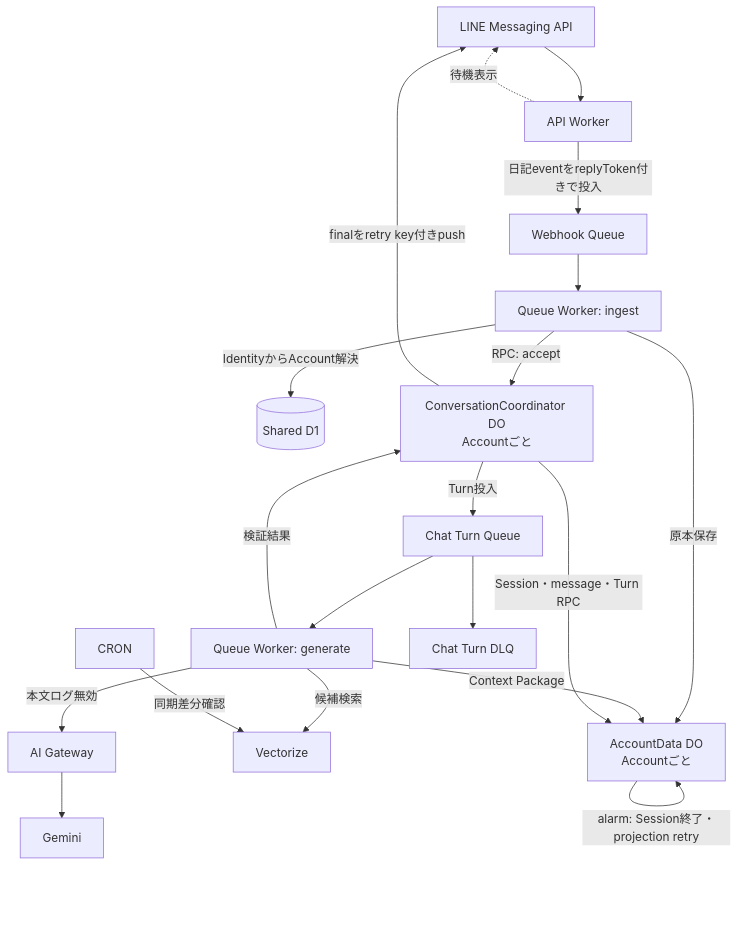
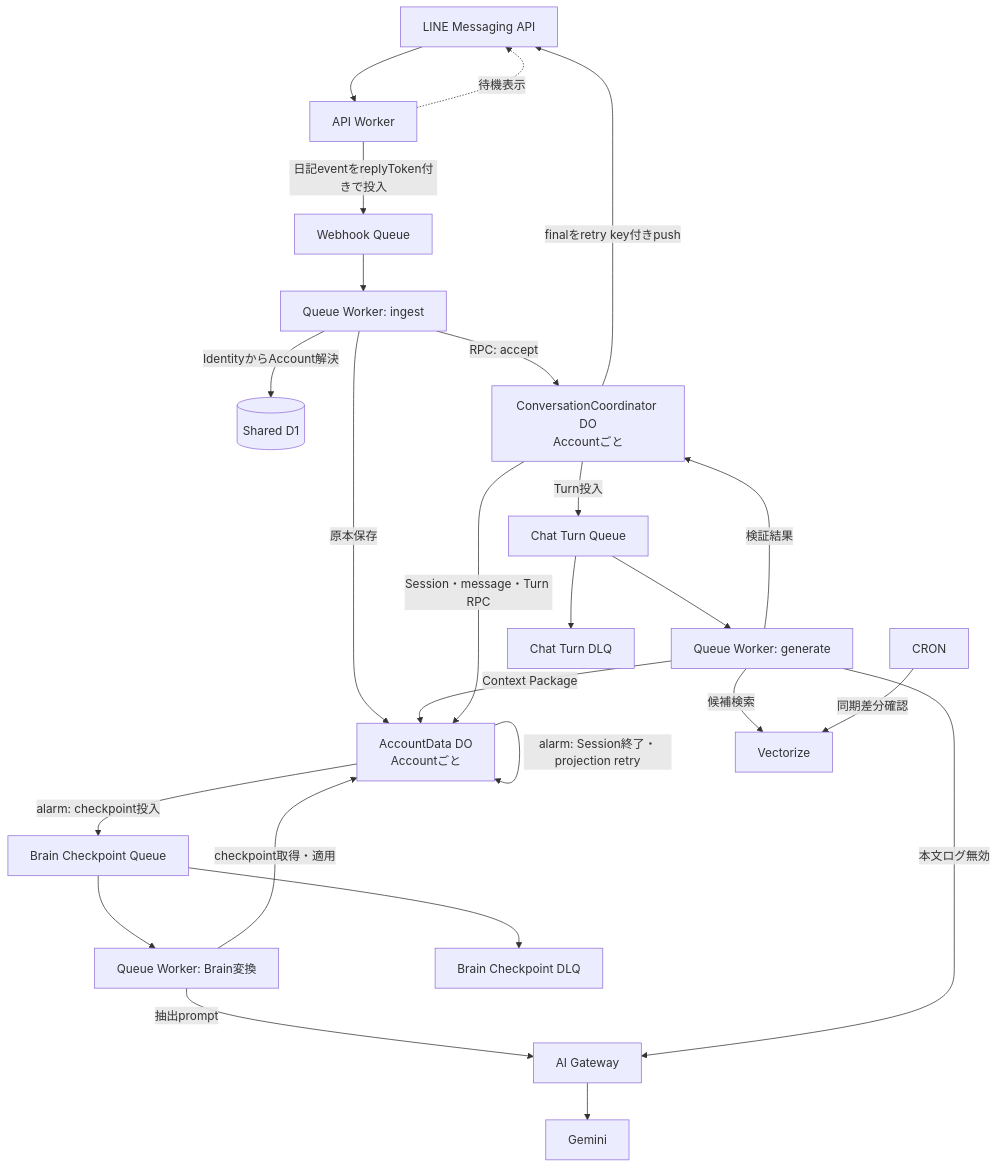
One commit to kkyosuke/me-builder changed the first of 8 diagrams in docs/architecture/diary-chat-implementation-design.md. Above: the diagram before and after it, drawn with Mermaid. The commit also changed other lines of this file and 62 other files, not shown here.

````diff
--- a/docs/architecture/diary-chat-implementation-design.md
+++ b/docs/architecture/diary-chat-implementation-design.md
@@ -50,22 +51,27 @@
 ```mermaid
 flowchart TD
     LINE[LINE Messaging API] --> API[API Worker]
     API -->|日記eventをreplyToken付きで投入| WQ[Webhook Queue]
     API -.->|待機表示| LINE
     WQ --> IW[Queue Worker: ingest]
     IW -->|IdentityからAccount解決| D1[(Shared D1)]
     IW -->|原本保存| AD[AccountData DO<br/>Accountごと]
     IW -->|RPC: accept| DO[ConversationCoordinator DO<br/>Accountごと]
     DO -->|Turn投入| TQ[Chat Turn Queue]
     TQ --> GW[Queue Worker: generate]
+    AD -->|alarm: checkpoint投入| BQ[Brain Checkpoint Queue]
+    BQ --> BW[Queue Worker: Brain変換]
+    BW -->|checkpoint取得・適用| AD
+    BW -->|抽出prompt| AIG
     GW -->|Context Package| AD
     GW -->|候補検索| V[Vectorize]
     GW -->|本文ログ無効| AIG[AI Gateway]
     AIG --> GEMINI[Gemini]
     GW -->|検証結果| DO
     DO -->|finalをretry key付きpush| LINE
     DO -->|Session・message・Turn RPC| AD
     AD -->|alarm: Session終了・projection retry| AD
     CRON -->|同期差分確認| V
     TQ --> DLQ[Chat Turn DLQ]
+    BQ --> BDLQ[Brain Checkpoint DLQ]
 ```
````
